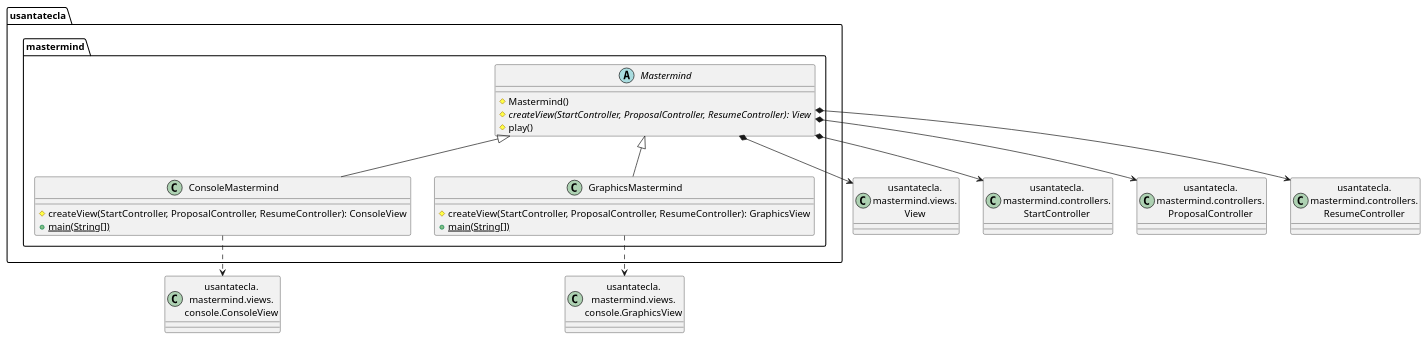
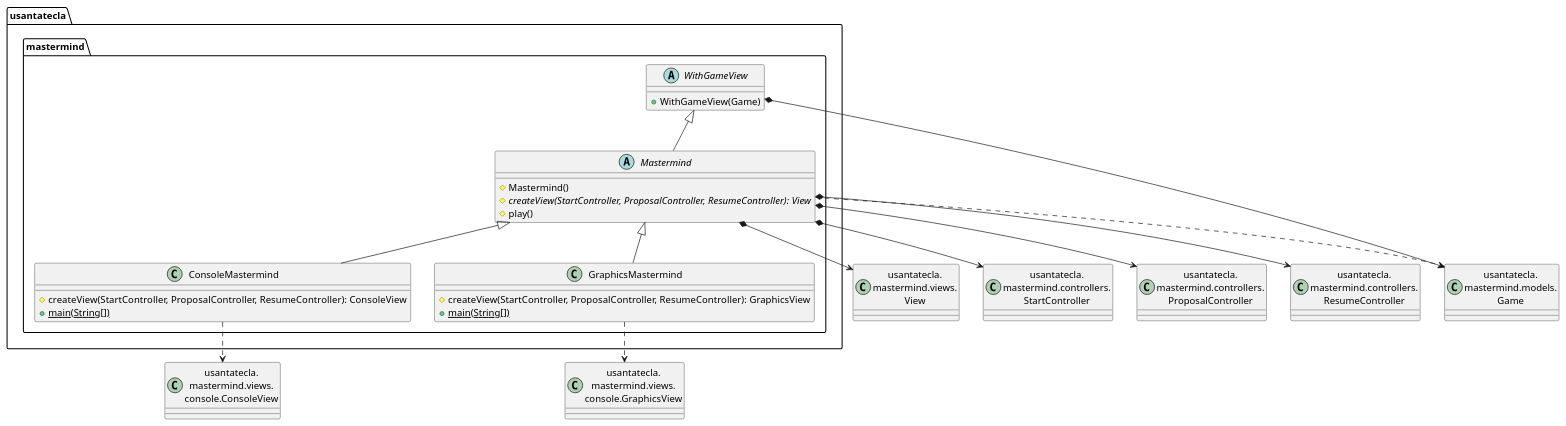
The first of 7 diagrams in modelViewPresenter/presentationModel/basic/docs/diagrams/src/paquetes.plantuml (SantaTecla-mastermind/solution.java.swing.socket.sql), drawn with PlantUML before and after one commit. The commit also changed other lines of this file and 55 other files, not shown here.

Commit message:
[mvp.pm.basic] Added WithGameView + changed documentation + refactor

```diff
--- a/modelViewPresenter/presentationModel/basic/docs/diagrams/src/paquetes.plantuml
+++ b/modelViewPresenter/presentationModel/basic/docs/diagrams/src/paquetes.plantuml
@@ -1,34 +1,42 @@
 @startuml usantatecla.mastermind
 
 class View as "usantatecla.\nmastermind.views.\nView"
+class Game as "usantatecla.\nmastermind.models.\nGame"
 class ConsoleView as "usantatecla.\nmastermind.views.\nconsole.ConsoleView"
 class GraphicsView as "usantatecla.\nmastermind.views.\nconsole.GraphicsView"
 class StartController as "usantatecla.\nmastermind.controllers.\nStartController"
 class ProposalController as "usantatecla.\nmastermind.controllers.\nProposalController"
 class ResumeController as "usantatecla.\nmastermind.controllers.\nResumeController"
 
+abstract class usantatecla.mastermind.WithGameView{
+    + WithGameView(Game)
+}
+usantatecla.mastermind.WithGameView *-down-> Game
+
 abstract class  usantatecla.mastermind.Mastermind{
     # Mastermind()
     # {abstract} createView(StartController, ProposalController, ResumeController): View
     # play()
 }
+usantatecla.mastermind.Mastermind -up-|> usantatecla.mastermind.WithGameView
+usantatecla.mastermind.Mastermind .down.> Game
 usantatecla.mastermind.Mastermind *-down-> View
 usantatecla.mastermind.Mastermind *-down-> StartController
 usantatecla.mastermind.Mastermind *-down-> ProposalController
 usantatecla.mastermind.Mastermind *-down-> ResumeController
 
 class  usantatecla.mastermind.ConsoleMastermind{
     # createView(StartController, ProposalController, ResumeController): ConsoleView
     + {static} main(String[])
 }
 usantatecla.mastermind.ConsoleMastermind -up-|> usantatecla.mastermind.Mastermind
 usantatecla.mastermind.ConsoleMastermind ..> ConsoleView
 
 class  usantatecla.mastermind.GraphicsMastermind{
-# createView(StartController, ProposalController, ResumeController): GraphicsView
-+ {static} main(String[])
+    # createView(StartController, ProposalController, ResumeController): GraphicsView
+    + {static} main(String[])
 }
 usantatecla.mastermind.GraphicsMastermind -up-|> usantatecla.mastermind.Mastermind
 usantatecla.mastermind.GraphicsMastermind ..> GraphicsView
 
 @enduml
```
